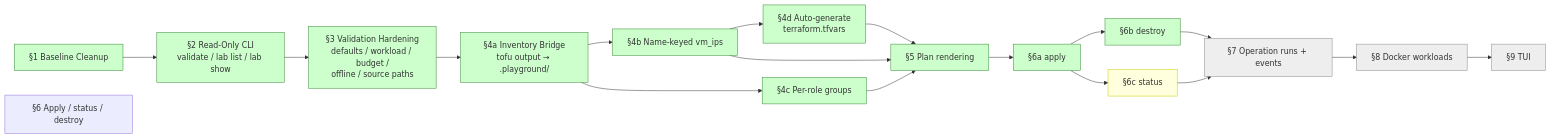
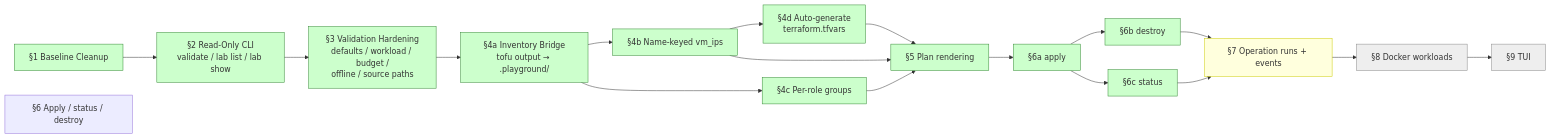
The seventh of 7 diagrams in docs/system_overview.md (spicysauce1955-stack/playground), drawn with Mermaid before and after one commit. The commit also changed 8 other files, not shown here.

````diff
--- a/docs/system_overview.md
+++ b/docs/system_overview.md
@@ -362,34 +362,34 @@
 ```mermaid
 flowchart LR
     s1[§1 Baseline Cleanup]
     s2[§2 Read-Only CLI<br/>validate / lab list / lab show]
     s3[§3 Validation Hardening<br/>defaults / workload / budget /<br/>offline / source paths]
     s4a[§4a Inventory Bridge<br/>tofu output → .playground/]
     s4b[§4b Name-keyed vm_ips]
     s4c[§4c Per-role groups]
     s5[§5 Plan rendering]
     s6[§6 Apply / status / destroy]
     s7[§7 Operation runs + events]
     s8[§8 Docker workloads]
     s9[§9 TUI]
 
     s1 --> s2 --> s3 --> s4a --> s4b
     s4a --> s4c
     s4b --> s4d[§4d Auto-generate<br/>terraform.tfvars]
     s4b --> s5
     s4c --> s5
     s4d --> s5
     s5 --> s6a[§6a apply]
     s6a --> s6b[§6b destroy]
     s6a --> s6c[§6c status]
     s6b --> s7
     s6c --> s7
     s7 --> s8 --> s9
 
     classDef done fill:#cfc,stroke:#383
     classDef next fill:#ffd,stroke:#cc0
     classDef queued fill:#eee,stroke:#888
-    class s1,s2,s3,s4a,s4b,s4c,s4d,s5,s6a,s6b done
-    class s6c next
-    class s7,s8,s9 queued
+    class s1,s2,s3,s4a,s4b,s4c,s4d,s5,s6a,s6b,s6c done
+    class s7 next
+    class s8,s9 queued
 ```
````
